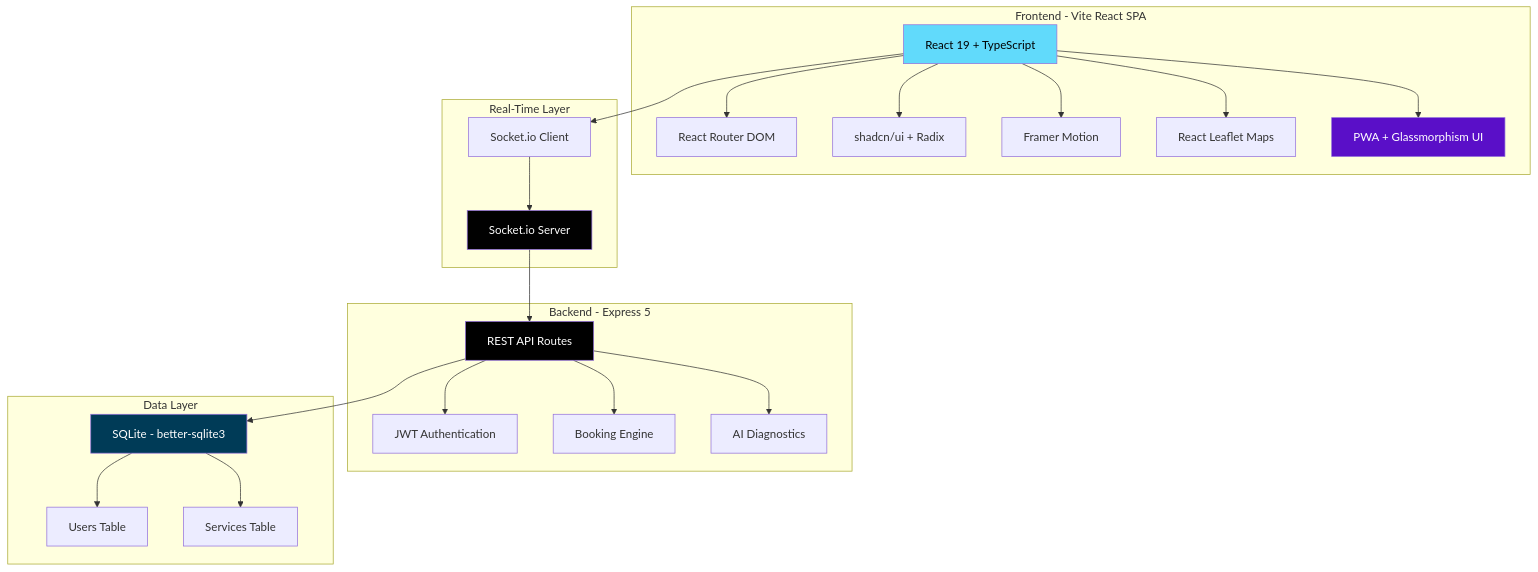
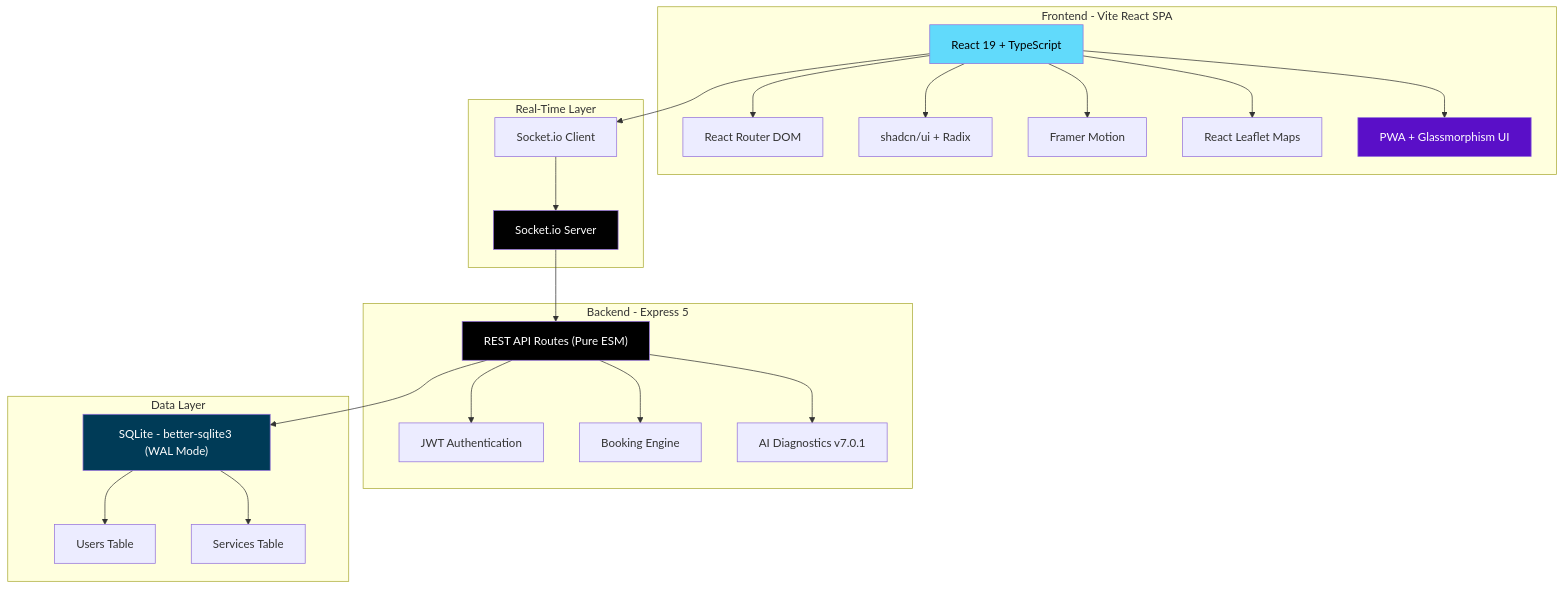
The fourth of 4 diagrams in README.md (mulkymalikuldhrs/oke-mekanik-mobile-service), drawn with Mermaid before and after one commit. The commit also changed other lines of this file and 19 other files, not shown here.

````diff
--- a/README.md
+++ b/README.md
@@ -136,50 +135,50 @@
 ```mermaid
 graph TB
     subgraph Frontend["Frontend - Vite React SPA"]
         UI["React 19 + TypeScript"]
         Router["React Router DOM"]
         Shadcn["shadcn/ui + Radix"]
         FM["Framer Motion"]
         Leaflet["React Leaflet Maps"]
         PWA["PWA + Glassmorphism UI"]
     end
 
     subgraph Realtime["Real-Time Layer"]
         SIOClient["Socket.io Client"]
         SIOServer["Socket.io Server"]
     end
 
     subgraph Backend["Backend - Express 5"]
-        API["REST API Routes"]
+        API["REST API Routes (Pure ESM)"]
         Auth["JWT Authentication"]
         Booking["Booking Engine"]
-        Diag["AI Diagnostics"]
+        Diag["AI Diagnostics v7.0.1"]
     end
 
     subgraph Data["Data Layer"]
-        SQLite["SQLite - better-sqlite3"]
+        SQLite["SQLite - better-sqlite3 (WAL Mode)"]
         Users["Users Table"]
         Services["Services Table"]
     end
 
     UI --> Router
     UI --> Shadcn
     UI --> FM
     UI --> Leaflet
     UI --> PWA
     UI --> SIOClient
     SIOClient --> SIOServer
     SIOServer --> API
     API --> Auth
     API --> Booking
     API --> Diag
     API --> SQLite
     SQLite --> Users
     SQLite --> Services
 
     style UI fill:#61DAFB,color:#000
     style SIOServer fill:#010101,color:#fff
     style API fill:#000,color:#fff
     style SQLite fill:#003B57,color:#fff
     style PWA fill:#5A0FC8,color:#fff
 ```
````
